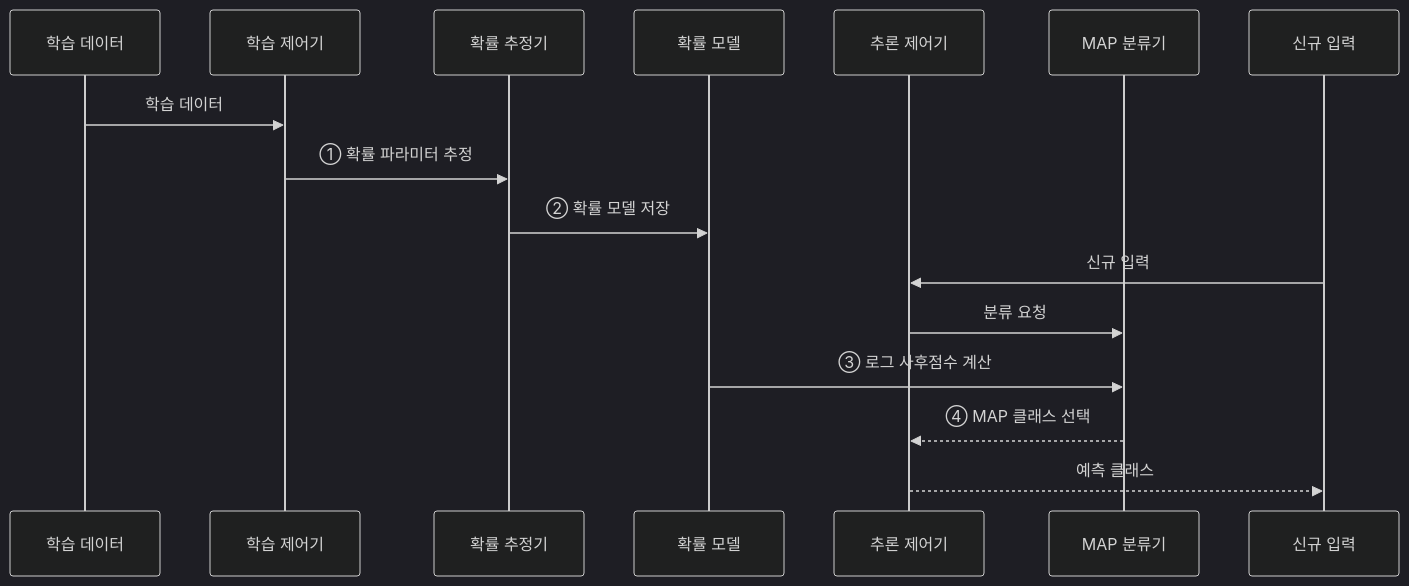
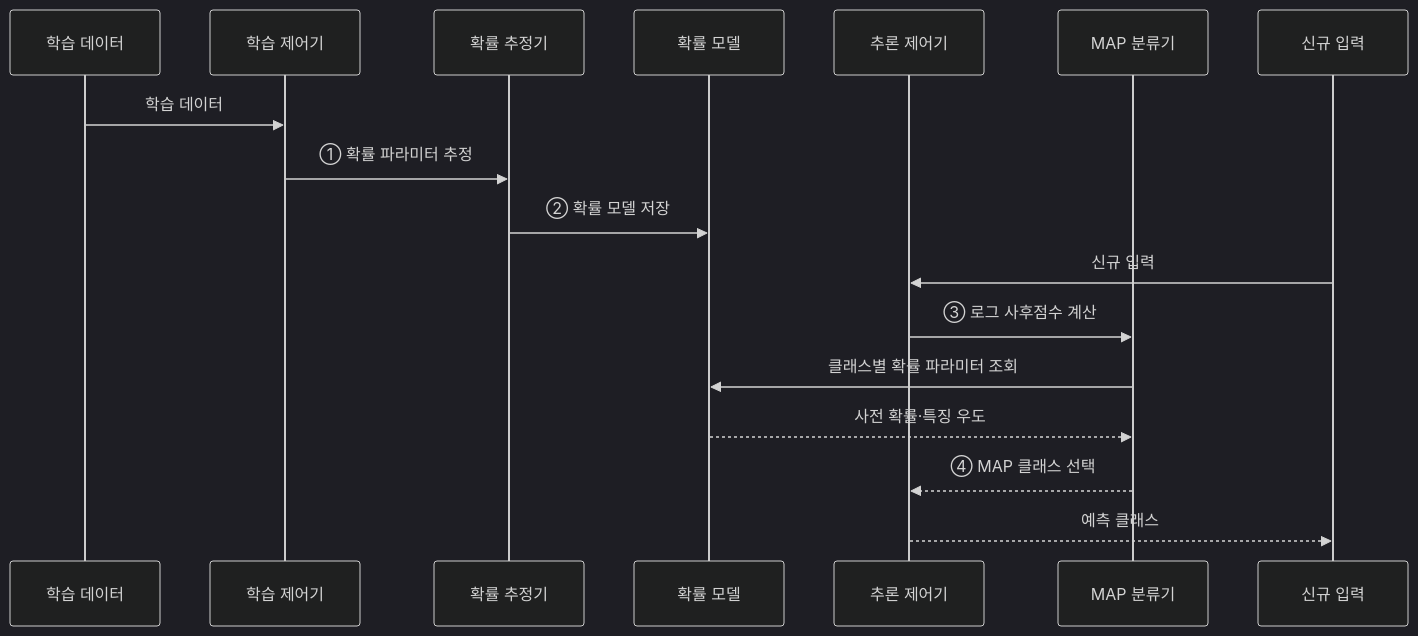
One commit to agnusdei1207/knowledge-base changed the second of 2 diagrams in src/content/docs/notes/01-basic-theory/051_naive_bayes.md. Above: the diagram before and after it, drawn with Mermaid (dark theme). The commit also changed other lines of this file and 19 other files, not shown here.

````diff
--- a/src/content/docs/notes/01-basic-theory/051_naive_bayes.md
+++ b/src/content/docs/notes/01-basic-theory/051_naive_bayes.md
@@ -71,18 +72,19 @@
 ```mermaid
 sequenceDiagram
     participant D as 학습 데이터
     participant T as 학습 제어기
     participant E as 확률 추정기
     participant M as 확률 모델
     participant I as 추론 제어기
     participant C as MAP 분류기
     participant X as 신규 입력
     D->>T: 학습 데이터
     T->>E: ① 확률 파라미터 추정
     E->>M: ② 확률 모델 저장
     X->>I: 신규 입력
-    I->>C: 분류 요청
-    M->>C: ③ 로그 사후점수 계산
+    I->>C: ③ 로그 사후점수 계산
+    C->>M: 클래스별 확률 파라미터 조회
+    M-->>C: 사전 확률·특징 우도
     C-->>I: ④ MAP 클래스 선택
     I-->>X: 예측 클래스
 ```
````
